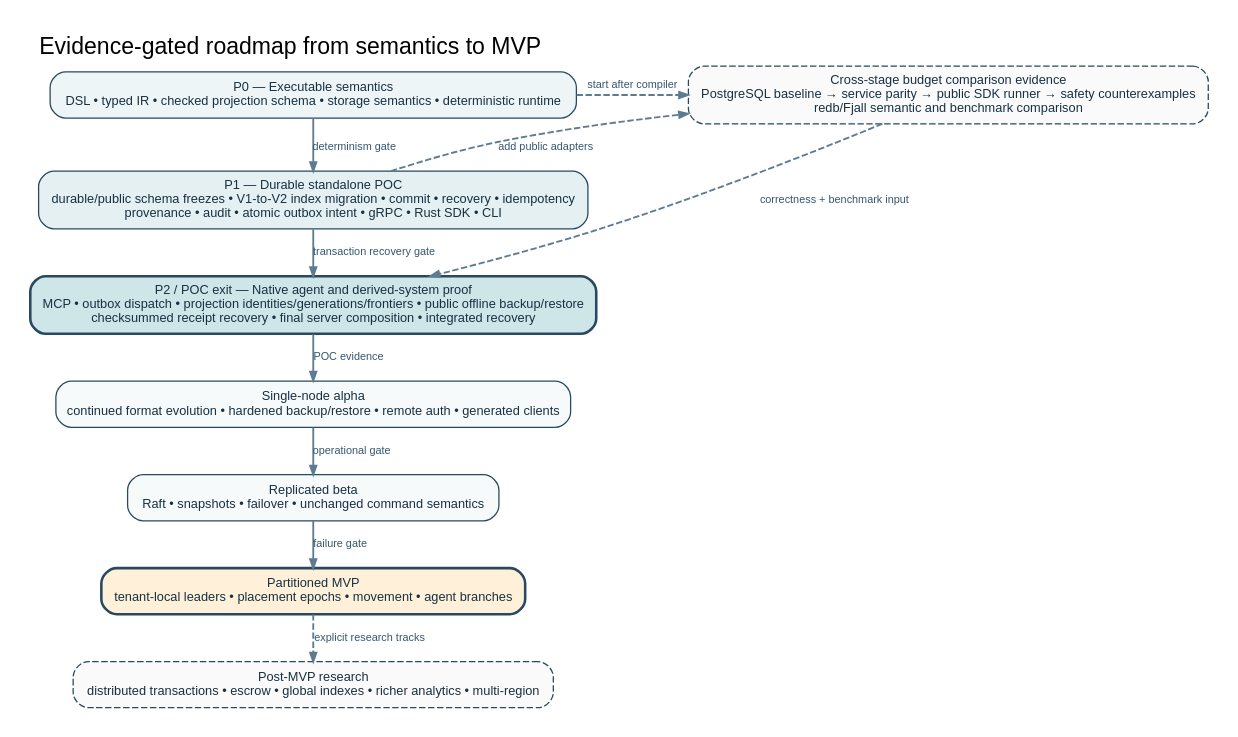
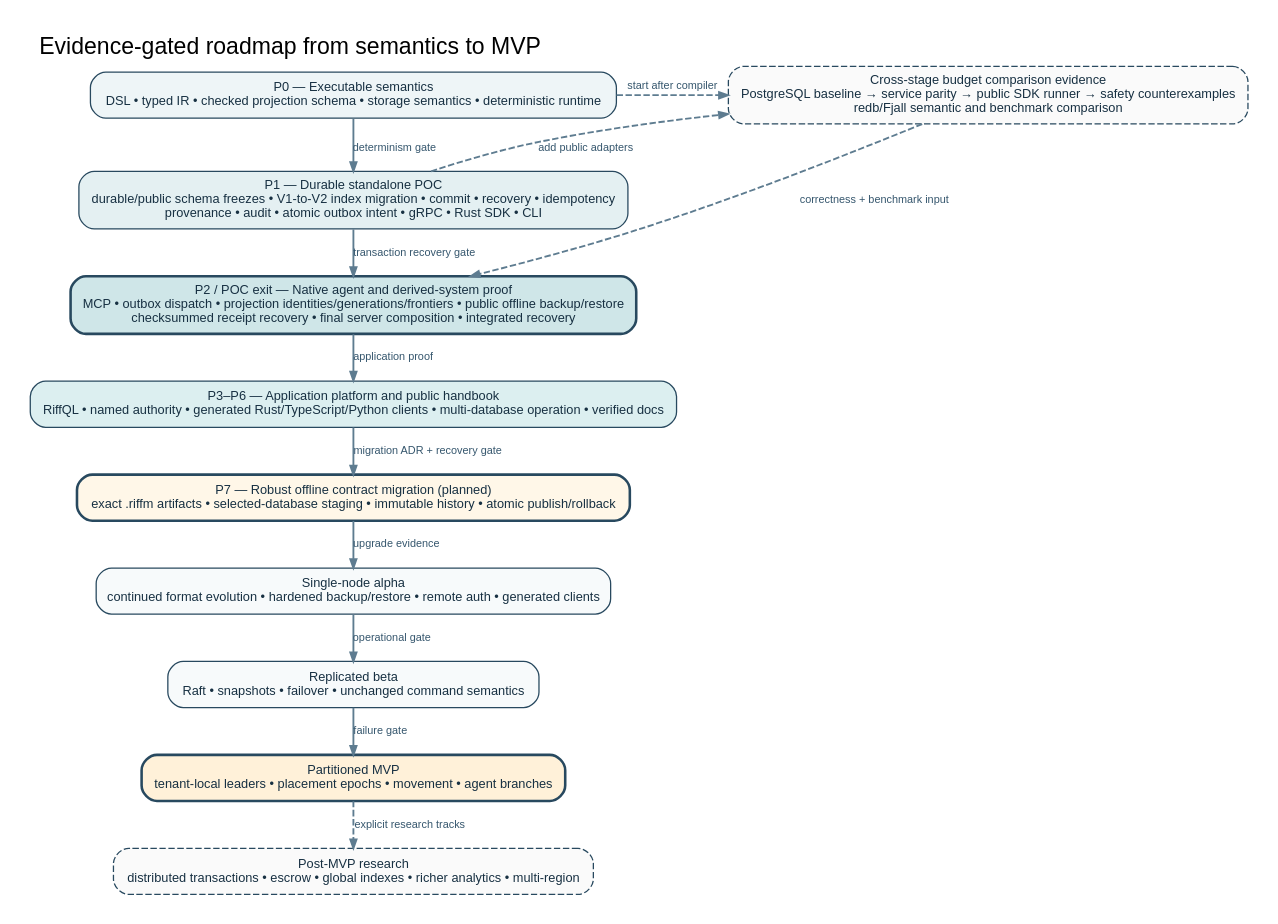
Before and after one commit to riffdb/riffdb: the diagram in diagrams/roadmap.dot, drawn with Graphviz. The commit also changed 11 other files, not shown here.

Commit message:
docs(migration): freeze offline contract migration architecture

```diff
--- a/diagrams/roadmap.dot
+++ b/diagrams/roadmap.dot
@@ -1,24 +1,28 @@
 digraph G {
   graph [rankdir=TB, bgcolor="white", pad="0.22", nodesep="0.25", ranksep="0.38", fontname="Liberation Sans", fontsize=18, label="Evidence-gated roadmap from semantics to MVP", labelloc="t", labeljust="l"];
   node [shape=box, style="rounded,filled", fontname="Liberation Sans", fontsize=10, margin="0.16,0.08", color="#28495F", fillcolor="#F7FAFB", fontcolor="#173042"];
   edge [color="#5E7C90", penwidth=1.45, arrowsize=0.70, fontname="Liberation Sans", fontsize=8.5, fontcolor="#35566D"];
 
   p0 [label="P0 — Executable semantics\nDSL • typed IR • checked projection schema • storage semantics • deterministic runtime", fillcolor="#EEF5F7"];
   p1 [label="P1 — Durable standalone POC\ndurable/public schema freezes • V1-to-V2 index migration • commit • recovery • idempotency\nprovenance • audit • atomic outbox intent • gRPC • Rust SDK • CLI", fillcolor="#E4F0F2"];
   p2 [label="P2 / POC exit — Native agent and derived-system proof\nMCP • outbox dispatch • projection identities/generations/frontiers • public offline backup/restore\nchecksummed receipt recovery • final server composition • integrated recovery", fillcolor="#CFE6E8", penwidth=2.0];
+  p3p6 [label="P3–P6 — Application platform and public handbook\nRiffQL • named authority • generated Rust/TypeScript/Python clients • multi-database operation • verified docs", fillcolor="#DCEFF0"];
+  p7 [label="P7 — Robust offline contract migration (planned)\nexact .riffm artifacts • selected-database staging • immutable history • atomic publish/rollback", fillcolor="#FFF7E8", penwidth=2.0];
   evidence [label="Cross-stage budget comparison evidence\nPostgreSQL baseline → service parity → public SDK runner → safety counterexamples\nredb/Fjall semantic and benchmark comparison", style="rounded,filled,dashed", fillcolor="#FAFAFA"];
   a [label="Single-node alpha\ncontinued format evolution • hardened backup/restore • remote auth • generated clients"];
   b [label="Replicated beta\nRaft • snapshots • failover • unchanged command semantics"];
   c [label="Partitioned MVP\ntenant-local leaders • placement epochs • movement • agent branches", fillcolor="#FFF1D9", penwidth=2.0];
   post [label="Post-MVP research\ndistributed transactions • escrow • global indexes • richer analytics • multi-region", style="rounded,filled,dashed", fillcolor="#FAFAFA"];
 
   p0 -> p1 [label="determinism gate"];
   p1 -> p2 [label="transaction recovery gate"];
   p0 -> evidence [style=dashed, label="start after compiler", constraint=false];
   p1 -> evidence [style=dashed, label="add public adapters", constraint=false];
   evidence -> p2 [style=dashed, label="correctness + benchmark input", constraint=false];
-  p2 -> a [label="POC evidence"];
+  p2 -> p3p6 [label="application proof"];
+  p3p6 -> p7 [label="migration ADR + recovery gate"];
+  p7 -> a [label="upgrade evidence"];
   a -> b [label="operational gate"];
   b -> c [label="failure gate"];
   c -> post [style=dashed, label="explicit research tracks"];
 }
```
